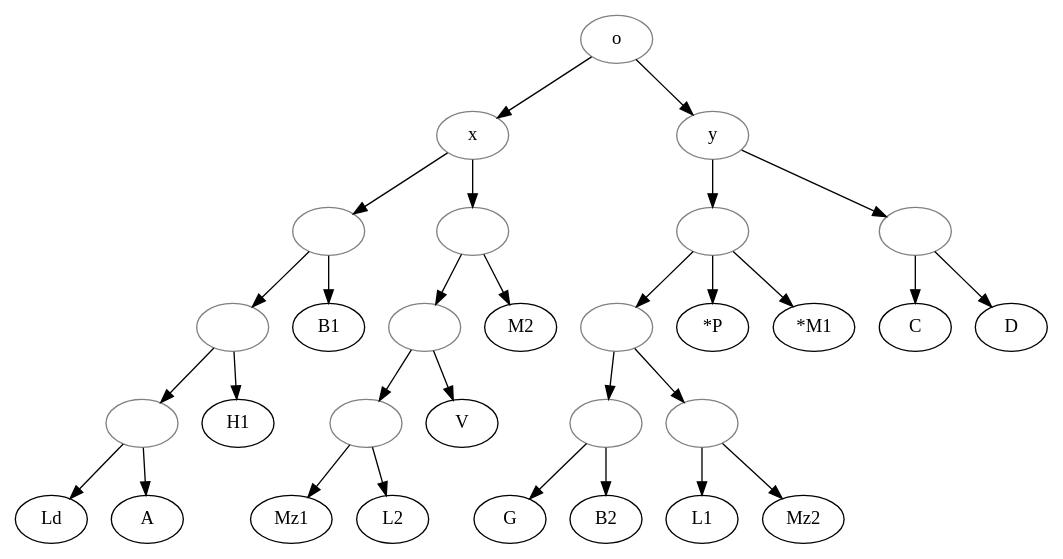
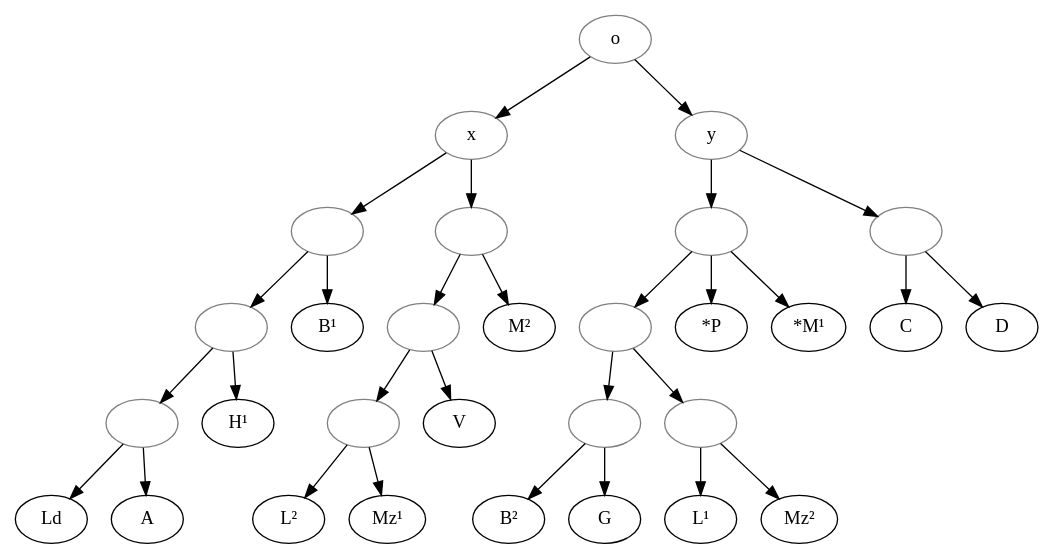
Before and after one commit to OpenStemmata/database: the diagram in data/fro/Korte_1914_RenMont4/stemma.gv, drawn with Graphviz. The commit also changed 11 other files, not shown here.

```diff
--- a/data/fro/Korte_1914_RenMont4/stemma.gv
+++ b/data/fro/Korte_1914_RenMont4/stemma.gv
@@ -1,50 +1,58 @@
 digraph {
 
     o[color="grey"];
     x[color="grey"];
     y[color="grey"];
     1[color="grey", label=""];
     2[color="grey", label=""];
     3[color="grey", label=""];
     4[color="grey", label=""];
     5[color="grey", label=""];
     6[color="grey", label=""];
     7[color="grey", label=""];
     8[color="grey", label=""];
     9[color="grey", label=""];
     10[color="grey", label=""];
     11[color="grey", label=""];
     P[label="*P"];
-    M1[label="*M1"];
+    M1[label="*M¹"];
+    M2[label="M²"];
+    B1[label="B¹"];
+    B2[label="B²"];
+    L1[label="L¹"];
+    L2[label="L²"];
+    Mz1[label="Mz¹"];
+    Mz2[label="Mz²"];
+    H1[label="H¹"];
 
     o->y;
     y->1;
     1->2;
     2->3;
     3->G;
     3->B2;
     2->4;
     4->L1;
     4->Mz2;
     1->P;
     1->M1;
     y->5;
     5->C;
     5->D;
     o->x;
     x->6;
     6->B1;
     6->7;
     7->H1;
     7->8;
     8->Ld;
     8->A;
     x->9;
     9->M2;
     9->10;
     10->11;
     11->Mz1;
     11->L2;
     10->V;
     
 }
```
